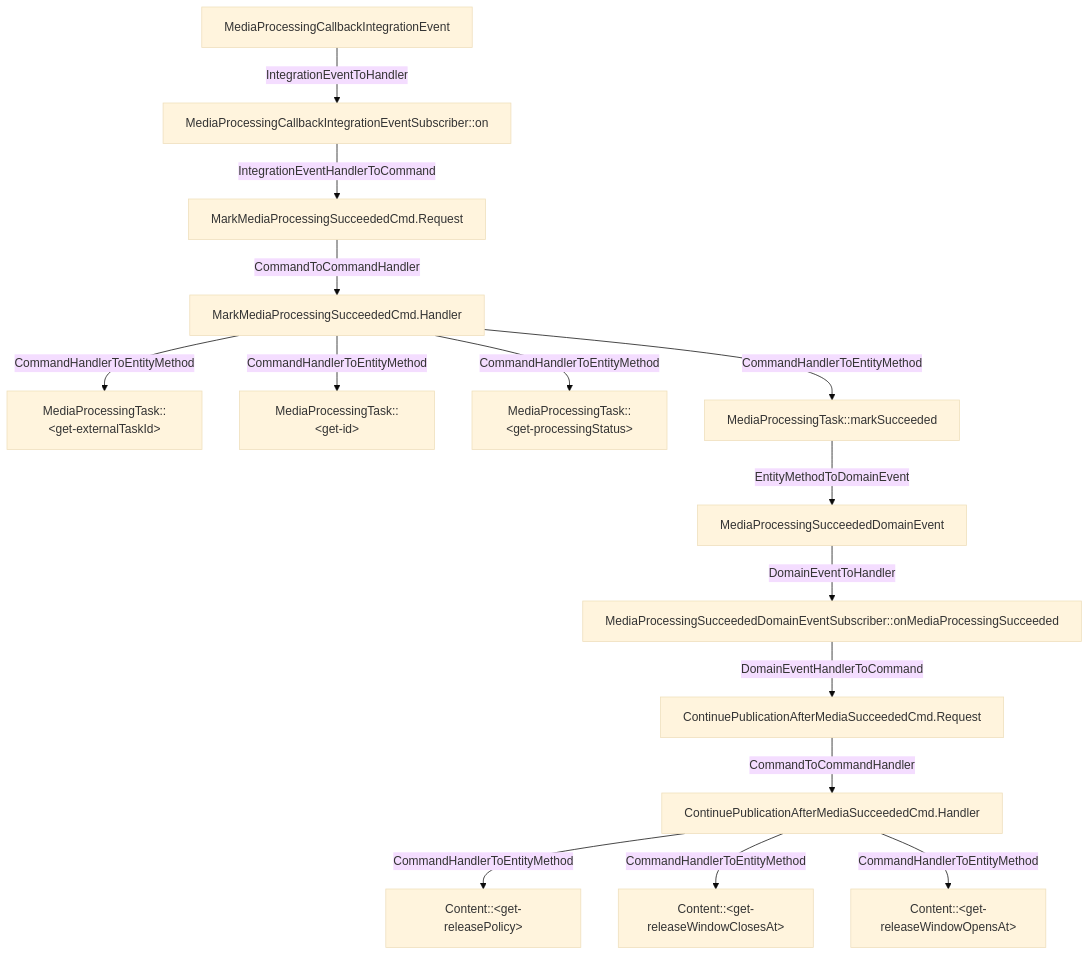
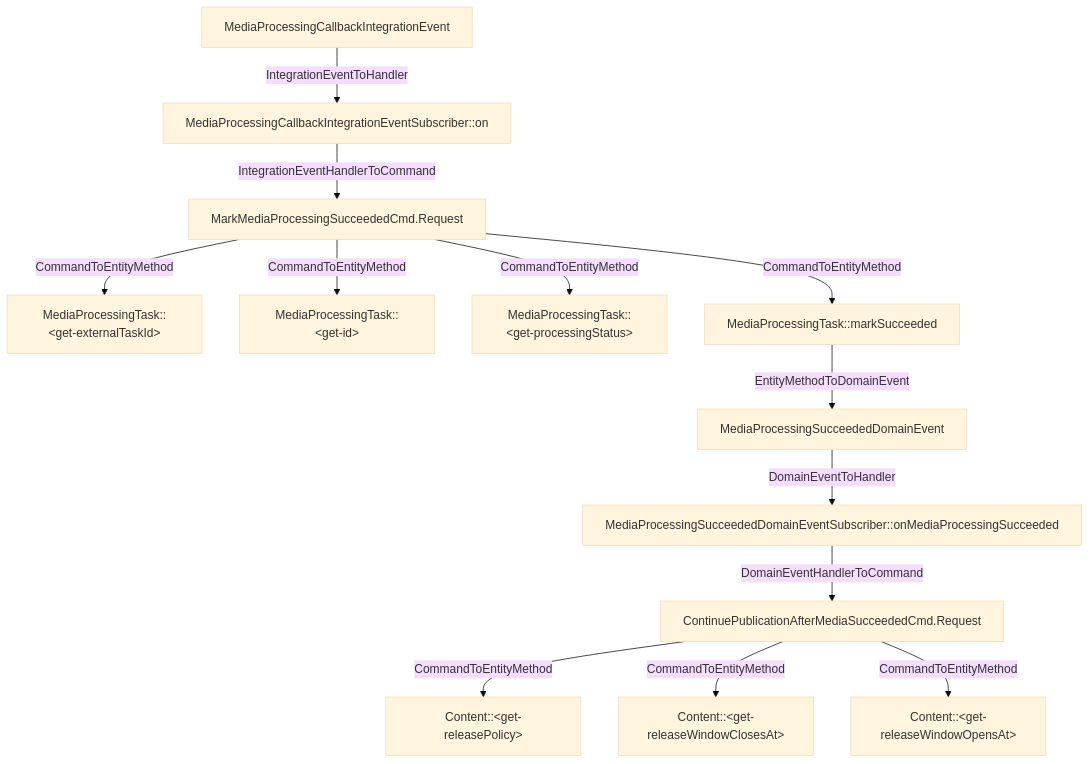
The diagram in analysis/flows/com_only4_cap4k_reference_contentstudio_application_subscribers_integration_inbo.mmd (LDmoxeii/cap4k-reference-content-studio), drawn with Mermaid (base theme) before and after one commit. The commit also changed 32 other files, not shown here.

Commit message:
chore: regenerate analysis flows

```diff
--- a/analysis/flows/com_only4_cap4k_reference_contentstudio_application_subscribers_integration_inbo.mmd
+++ b/analysis/flows/com_only4_cap4k_reference_contentstudio_application_subscribers_integration_inbo.mmd
@@ -1,30 +1,26 @@
 flowchart TD
-  N1[ContinuePublicationAfterMediaSucceededCmd.Handler]
-  N2[ContinuePublicationAfterMediaSucceededCmd.Request]
-  N3[MarkMediaProcessingSucceededCmd.Handler]
-  N4[MarkMediaProcessingSucceededCmd.Request]
-  N5[MediaProcessingSucceededDomainEventSubscriber::onMediaProcessingSucceeded]
-  N6[MediaProcessingCallbackIntegrationEventSubscriber::on]
-  N7[MediaProcessingCallbackIntegrationEvent]
-  N8[Content::&lt;get-releasePolicy&gt;]
-  N9[Content::&lt;get-releaseWindowClosesAt&gt;]
-  N10[Content::&lt;get-releaseWindowOpensAt&gt;]
-  N11[MediaProcessingTask::&lt;get-externalTaskId&gt;]
-  N12[MediaProcessingTask::&lt;get-id&gt;]
-  N13[MediaProcessingTask::&lt;get-processingStatus&gt;]
-  N14[MediaProcessingTask::markSucceeded]
-  N15[MediaProcessingSucceededDomainEvent]
-  N1 -->|CommandHandlerToEntityMethod| N8
-  N1 -->|CommandHandlerToEntityMethod| N9
-  N1 -->|CommandHandlerToEntityMethod| N10
-  N2 -->|CommandToCommandHandler| N1
-  N3 -->|CommandHandlerToEntityMethod| N11
-  N3 -->|CommandHandlerToEntityMethod| N12
-  N3 -->|CommandHandlerToEntityMethod| N13
-  N3 -->|CommandHandlerToEntityMethod| N14
-  N4 -->|CommandToCommandHandler| N3
-  N5 -->|DomainEventHandlerToCommand| N2
-  N6 -->|IntegrationEventHandlerToCommand| N4
-  N7 -->|IntegrationEventToHandler| N6
-  N14 -->|EntityMethodToDomainEvent| N15
-  N15 -->|DomainEventToHandler| N5
+  N1[ContinuePublicationAfterMediaSucceededCmd.Request]
+  N2[MarkMediaProcessingSucceededCmd.Request]
+  N3[MediaProcessingSucceededDomainEventSubscriber::onMediaProcessingSucceeded]
+  N4[MediaProcessingCallbackIntegrationEventSubscriber::on]
+  N5[MediaProcessingCallbackIntegrationEvent]
+  N6[Content::&lt;get-releasePolicy&gt;]
+  N7[Content::&lt;get-releaseWindowClosesAt&gt;]
+  N8[Content::&lt;get-releaseWindowOpensAt&gt;]
+  N9[MediaProcessingTask::&lt;get-externalTaskId&gt;]
+  N10[MediaProcessingTask::&lt;get-id&gt;]
+  N11[MediaProcessingTask::&lt;get-processingStatus&gt;]
+  N12[MediaProcessingTask::markSucceeded]
+  N13[MediaProcessingSucceededDomainEvent]
+  N1 -->|CommandToEntityMethod| N6
+  N1 -->|CommandToEntityMethod| N7
+  N1 -->|CommandToEntityMethod| N8
+  N2 -->|CommandToEntityMethod| N9
+  N2 -->|CommandToEntityMethod| N10
+  N2 -->|CommandToEntityMethod| N11
+  N2 -->|CommandToEntityMethod| N12
+  N3 -->|DomainEventHandlerToCommand| N1
+  N4 -->|IntegrationEventHandlerToCommand| N2
+  N5 -->|IntegrationEventToHandler| N4
+  N12 -->|EntityMethodToDomainEvent| N13
+  N13 -->|DomainEventToHandler| N3
```
